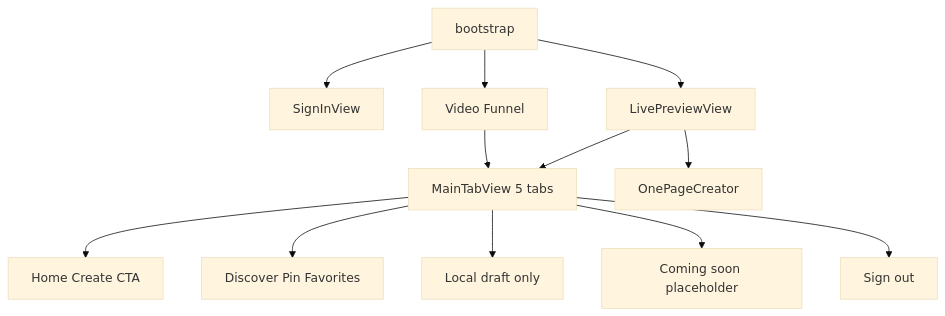
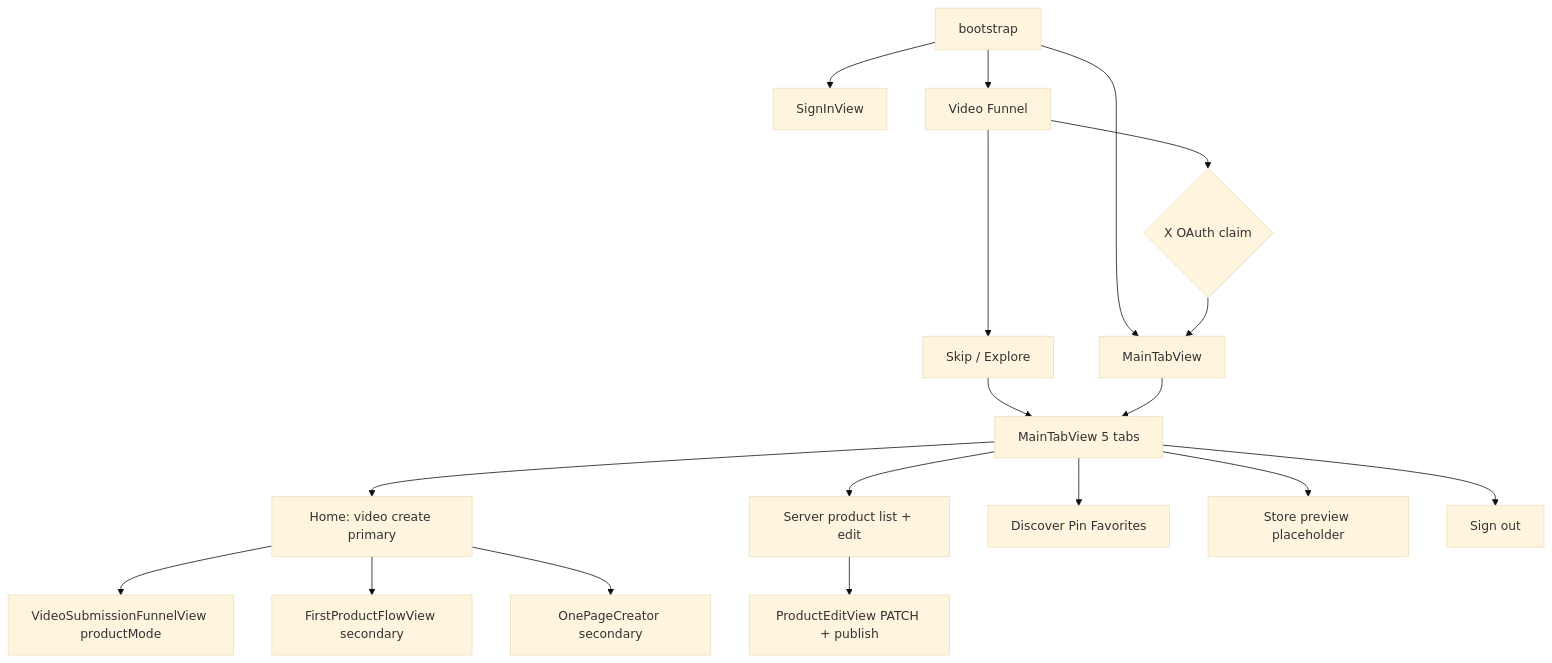
Before and after one commit to rareimagery/rareimagery-ios: the third of 3 diagrams in docs/IOS_CODE_REVIEW.md, drawn with Mermaid (base theme). The commit also changed other lines of this file and 6 other files, not shown here.

First line of the commit message:
feat(page): public store page — X avatar/banner + published product grid

````diff
--- a/docs/IOS_CODE_REVIEW.md
+++ b/docs/IOS_CODE_REVIEW.md
@@ -280,14 +282,19 @@
 ```mermaid
 flowchart TD
     Launch[bootstrap] --> SignedOut[SignInView]
     Launch --> Anonymous[Video Funnel]
-    Launch --> SignedIn[LivePreviewView]
-    Anonymous --> Tabs[MainTabView 5 tabs]
-    SignedIn --> OnePage[OnePageCreator]
-    SignedIn --> Tabs
-    Tabs --> Home[Home Create CTA]
+    Launch --> SignedIn[MainTabView]
+    Anonymous --> Claim{X OAuth claim}
+    Claim --> SignedIn
+    Anonymous --> Skip[Skip / Explore] --> Tabs
+    SignedIn --> Tabs[MainTabView 5 tabs]
+    Tabs --> Home[Home: video create primary]
+    Tabs --> Products[Server product list + edit]
     Tabs --> Circle[Discover Pin Favorites]
-    Tabs --> Creations[Local draft only]
-    Tabs --> Page[Coming soon placeholder]
+    Tabs --> Page[Store preview placeholder]
     Tabs --> Profile[Sign out]
+    Home --> VideoFunnel[VideoSubmissionFunnelView productMode]
+    Home --> Photos[FirstProductFlowView secondary]
+    Home --> Merch[OnePageCreator secondary]
+    Products --> Edit[ProductEditView PATCH + publish]
 ```
````
